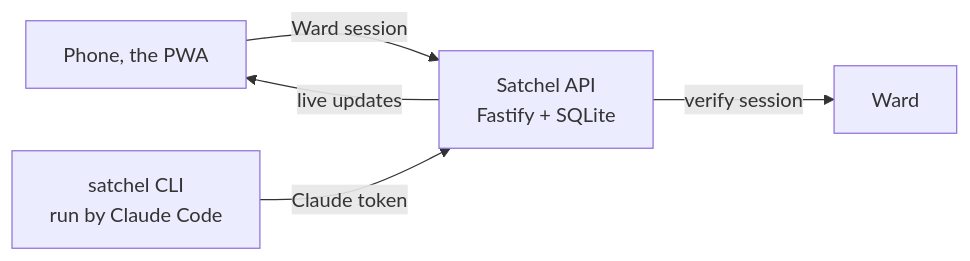
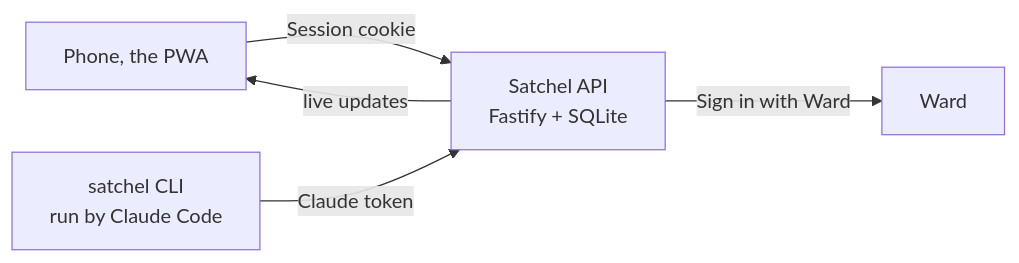
Before and after one commit to gandolh/Satchel: the diagram in README.md, drawn with Mermaid. The commit also changed other lines of this file and 6 other files, not shown here.

````diff
--- a/README.md
+++ b/README.md
@@ -56,7 +56,7 @@
 ```mermaid
 flowchart LR
-  phone["Phone, the PWA"] -- "Ward session" --> api["Satchel API<br/>Fastify + SQLite"]
+  phone["Phone, the PWA"] -- "Session cookie" --> api["Satchel API<br/>Fastify + SQLite"]
   cli["satchel CLI<br/>run by Claude Code"] -- "Claude token" --> api
-  api -- "verify session" --> ward["Ward"]
+  api -- "Sign in with Ward" --> ward["Ward"]
   api -- "live updates" --> phone
 ```
````
